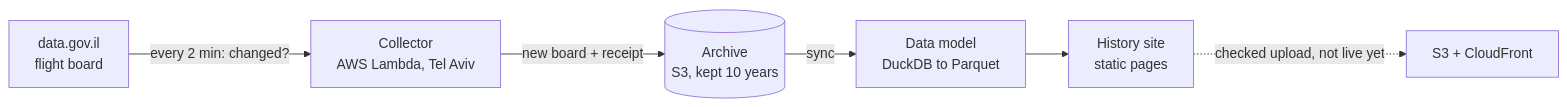
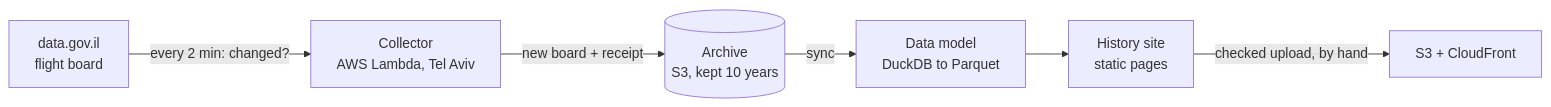
Before and after one commit to doronreiffman/flights-archive: the diagram in README.md, drawn with Mermaid. The commit also changed other lines of this file and 13 other files, not shown here.

````diff
--- a/README.md
+++ b/README.md
@@ -26,8 +30,8 @@
 ```mermaid
 flowchart LR
   B["data.gov.il<br/>flight board"] -->|"every 2 min: changed?"| L["Collector<br/>AWS Lambda, Tel Aviv"]
   L -->|"new board + receipt"| S[("Archive<br/>S3, kept 10 years")]
   S -->|sync| M["Data model<br/>DuckDB to Parquet"]
   M --> T["History site<br/>static pages"]
-  T -.->|"checked upload, not live yet"| C["S3 + CloudFront"]
+  T -->|"checked upload, by hand"| C["S3 + CloudFront"]
 ```
````
